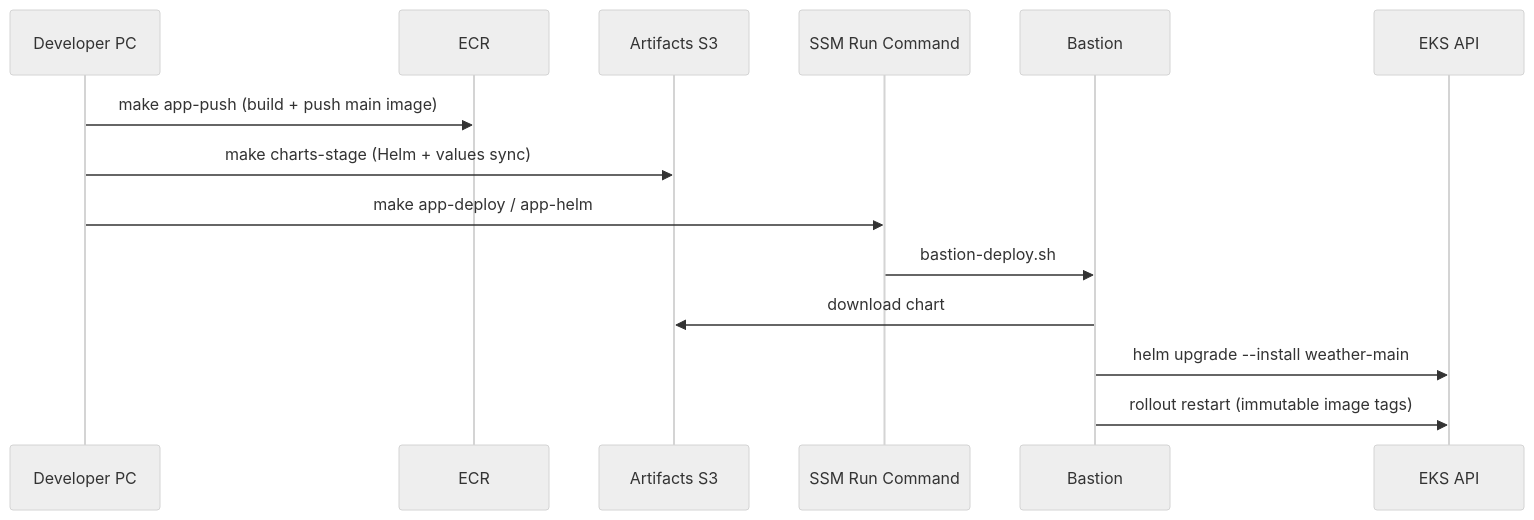
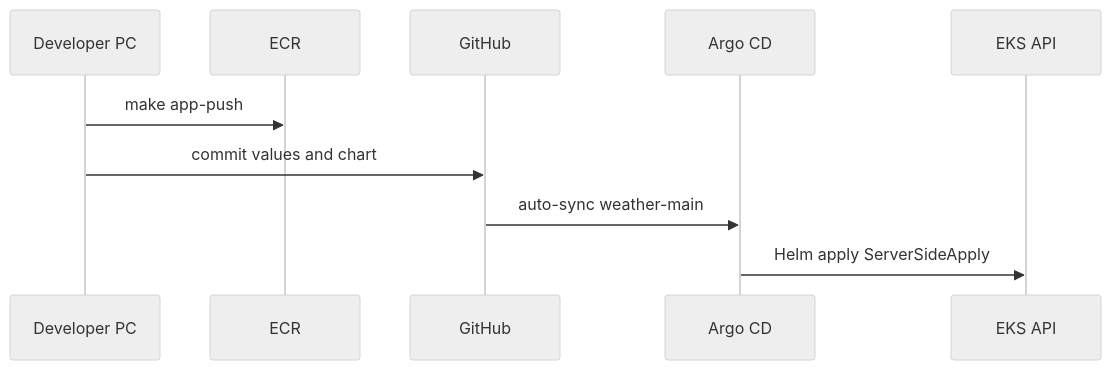
One commit to evyatare92/aws-project changed the second of 2 diagrams in docs/architecture/overview.md. Above: the diagram before and after it, drawn with Mermaid (neutral theme). The commit also changed other lines of this file and 10 other files, not shown here.

````diff
--- a/docs/architecture/overview.md
+++ b/docs/architecture/overview.md
@@ -110,17 +110,13 @@
 ```mermaid
 sequenceDiagram
   participant Dev as Developer PC
   participant ECR as ECR
-  participant S3 as Artifacts S3
-  participant SSM as SSM Run Command
-  participant Bastion as Bastion
+  participant Git as GitHub
+  participant Argo as Argo CD
   participant EKS as EKS API
 
-  Dev->>ECR: make app-push (build + push main image)
-  Dev->>S3: make charts-stage (Helm + values sync)
-  Dev->>SSM: make app-deploy / app-helm
-  SSM->>Bastion: bastion-deploy.sh
-  Bastion->>S3: download chart
-  Bastion->>EKS: helm upgrade --install weather-main
-  Bastion->>EKS: rollout restart (immutable image tags)
+  Dev->>ECR: make app-push
+  Dev->>Git: commit values and chart
+  Git->>Argo: auto-sync weather-main
+  Argo->>EKS: Helm apply ServerSideApply
 ```
````
